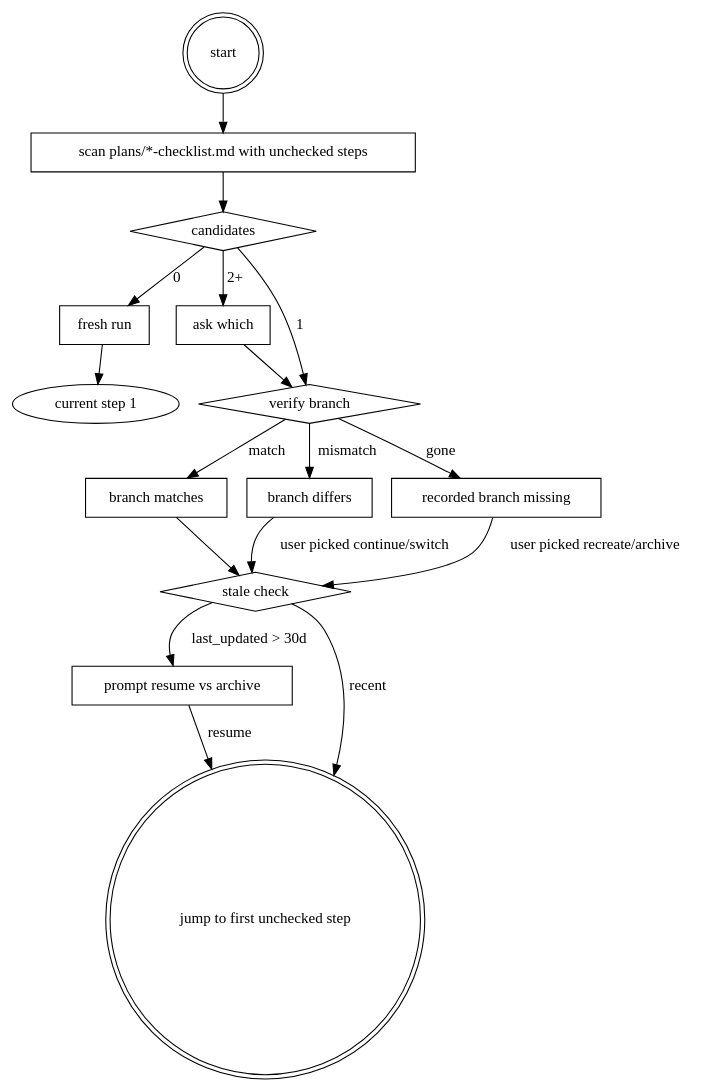
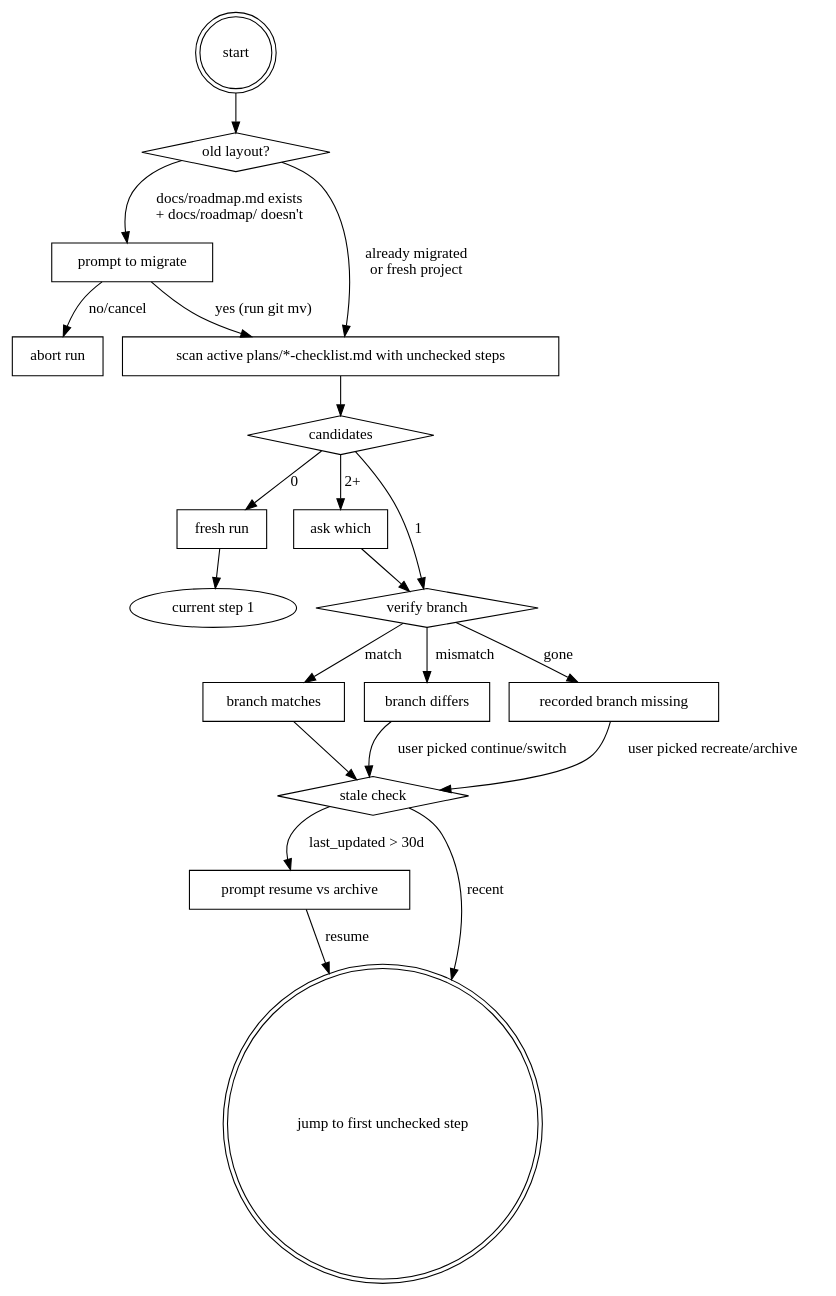
One commit to Ovid/paad changed the diagram in docs/plans/2026-05-02-roadmap-resume-checklists-design.md. Above: the diagram before and after it, drawn with Graphviz. The commit also changed other lines of this file, not shown here.

First line of the commit message:
Apply pushback resolutions to roadmap-resume-checklists design

````diff
--- a/docs/plans/2026-05-02-roadmap-resume-checklists-design.md
+++ b/docs/plans/2026-05-02-roadmap-resume-checklists-design.md
@@ -173,33 +192,40 @@
 ```dot
 digraph step0 {
   "start" [shape=doublecircle];
-  "scan plans/*-checklist.md with unchecked steps" [shape=box];
+  "old layout?" [shape=diamond];
+  "prompt to migrate" [shape=box];
+  "abort run" [shape=box];
+  "scan active plans/*-checklist.md with unchecked steps" [shape=box];
   "candidates" [shape=diamond];
   "fresh run" [shape=box];
   "ask which" [shape=box];
   "verify branch" [shape=diamond];
   "branch matches" [shape=box];
   "branch differs" [shape=box];
   "recorded branch missing" [shape=box];
   "stale check" [shape=diamond];
   "prompt resume vs archive" [shape=box];
   "jump to first unchecked step" [shape=doublecircle];
 
-  "start" -> "scan plans/*-checklist.md with unchecked steps";
-  "scan plans/*-checklist.md with unchecked steps" -> "candidates";
+  "start" -> "old layout?";
+  "old layout?" -> "prompt to migrate" [label="docs/roadmap.md exists\n+ docs/roadmap/ doesn't"];
+  "old layout?" -> "scan active plans/*-checklist.md with unchecked steps" [label="already migrated\nor fresh project"];
+  "prompt to migrate" -> "scan active plans/*-checklist.md with unchecked steps" [label="yes (run git mv)"];
+  "prompt to migrate" -> "abort run" [label="no/cancel"];
+  "scan active plans/*-checklist.md with unchecked steps" -> "candidates";
   "candidates" -> "fresh run" [label="0"];
   "candidates" -> "verify branch" [label="1"];
   "candidates" -> "ask which" [label="2+"];
   "ask which" -> "verify branch";
   "verify branch" -> "branch matches" [label="match"];
   "verify branch" -> "branch differs" [label="mismatch"];
   "verify branch" -> "recorded branch missing" [label="gone"];
   "branch matches" -> "stale check";
   "branch differs" -> "stale check" [label="user picked continue/switch"];
   "recorded branch missing" -> "stale check" [label="user picked recreate/archive"];
   "stale check" -> "prompt resume vs archive" [label="last_updated > 30d"];
   "stale check" -> "jump to first unchecked step" [label="recent"];
   "prompt resume vs archive" -> "jump to first unchecked step" [label="resume"];
   "fresh run" -> "current step 1";
 }
 ```
````
